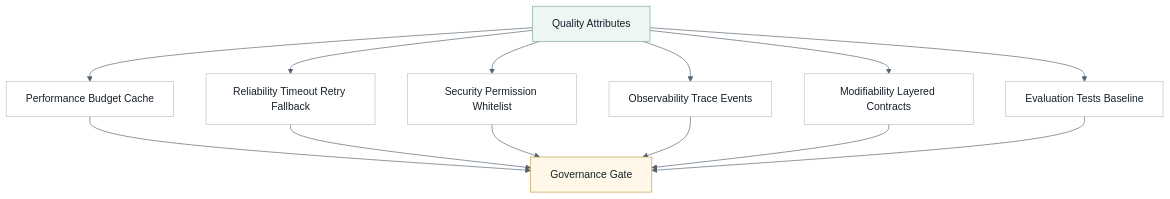
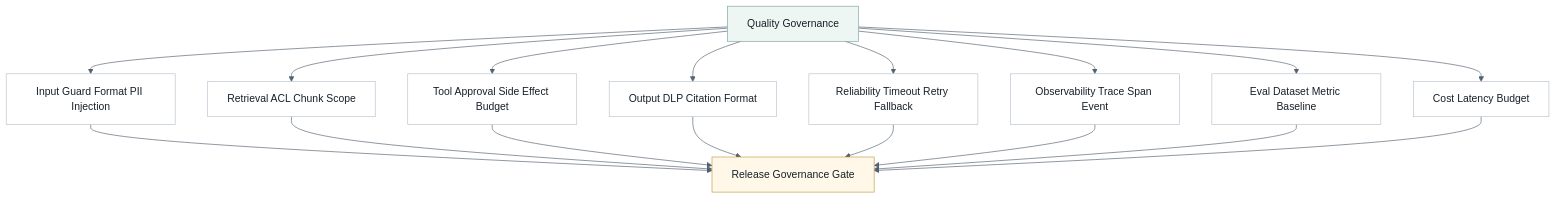
The ninth of 10 diagrams in docs/architecture.md (ProfessorZhi/Zuno), drawn with Mermaid before and after one commit. The commit also changed other lines of this file and 27 other files, not shown here.

Commit message:
docs: detail zuno architecture program

````diff
--- a/docs/architecture.md
+++ b/docs/architecture.md
@@ -329,29 +450,35 @@
 ```mermaid
 %%{init: {"theme": "base", "themeVariables": {"background": "#f7f8fb", "lineColor": "#52616f"}}}%%
 flowchart TB
   classDef node fill:#ffffff,stroke:#b8c2cc,stroke-width:1px,color:#16202a;
   classDef accent fill:#eef6f3,stroke:#7aa59a,stroke-width:1px,color:#16202a;
   classDef warn fill:#fff8e8,stroke:#c59b43,stroke-width:1px,color:#16202a;
 
-  Q["Quality Attributes"]:::accent
-  PERF["Performance Budget Cache"]
+  Q["Quality Governance"]:::accent
+  INPUT["Input Guard Format PII Injection"]
+  ACL["Retrieval ACL Chunk Scope"]
+  TOOL["Tool Approval Side Effect Budget"]
+  OUTPUT["Output DLP Citation Format"]
   REL["Reliability Timeout Retry Fallback"]
-  SEC["Security Permission Whitelist"]
-  OBS["Observability Trace Events"]
-  MOD["Modifiability Layered Contracts"]
-  EVAL["Evaluation Tests Baseline"]
-  GOV["Governance Gate"]:::warn
-  Q --> PERF
+  OBS["Observability Trace Span Event"]
+  EVAL["Eval Dataset Metric Baseline"]
+  COST["Cost Latency Budget"]
+  GATE["Release Governance Gate"]:::warn
+  Q --> INPUT
+  Q --> ACL
+  Q --> TOOL
+  Q --> OUTPUT
   Q --> REL
-  Q --> SEC
   Q --> OBS
-  Q --> MOD
   Q --> EVAL
-  PERF --> GOV
-  REL --> GOV
-  SEC --> GOV
-  OBS --> GOV
-  MOD --> GOV
-  EVAL --> GOV
-  class PERF,REL,SEC,OBS,MOD,EVAL node;
+  Q --> COST
+  INPUT --> GATE
+  ACL --> GATE
+  TOOL --> GATE
+  OUTPUT --> GATE
+  REL --> GATE
+  OBS --> GATE
+  EVAL --> GATE
+  COST --> GATE
+  class INPUT,ACL,TOOL,OUTPUT,REL,OBS,EVAL,COST node;
 ```
````
